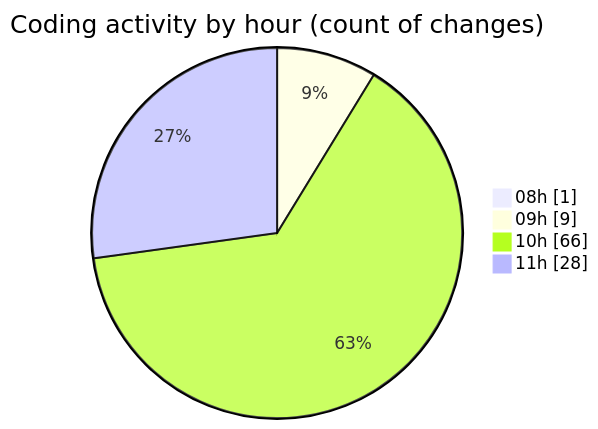
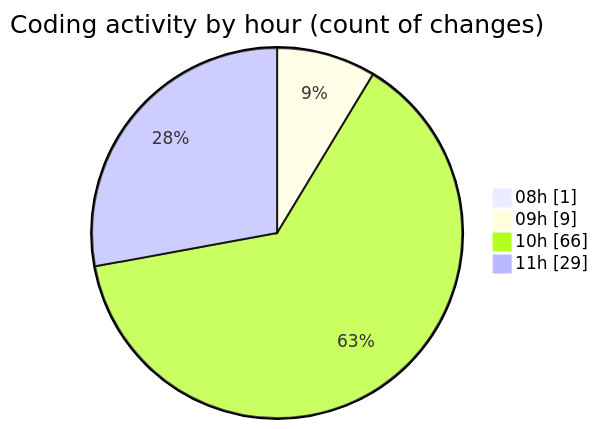
One commit to BS-eng2023/code-tracking changed the second of 2 diagrams in 2025-04-04/jsvms/README.md. Above: the diagram before and after it, drawn with Mermaid. The commit also changed other lines of this file and 1 other file, not shown here.

````diff
--- a/2025-04-04/jsvms/README.md
+++ b/2025-04-04/jsvms/README.md
@@ -37,8 +37,8 @@
 ```mermaid
 pie showData
 title Coding activity by hour (count of changes)
 "08h" : 1
 "09h" : 9
 "10h" : 66
-"11h" : 28
+"11h" : 29
 ```
````
